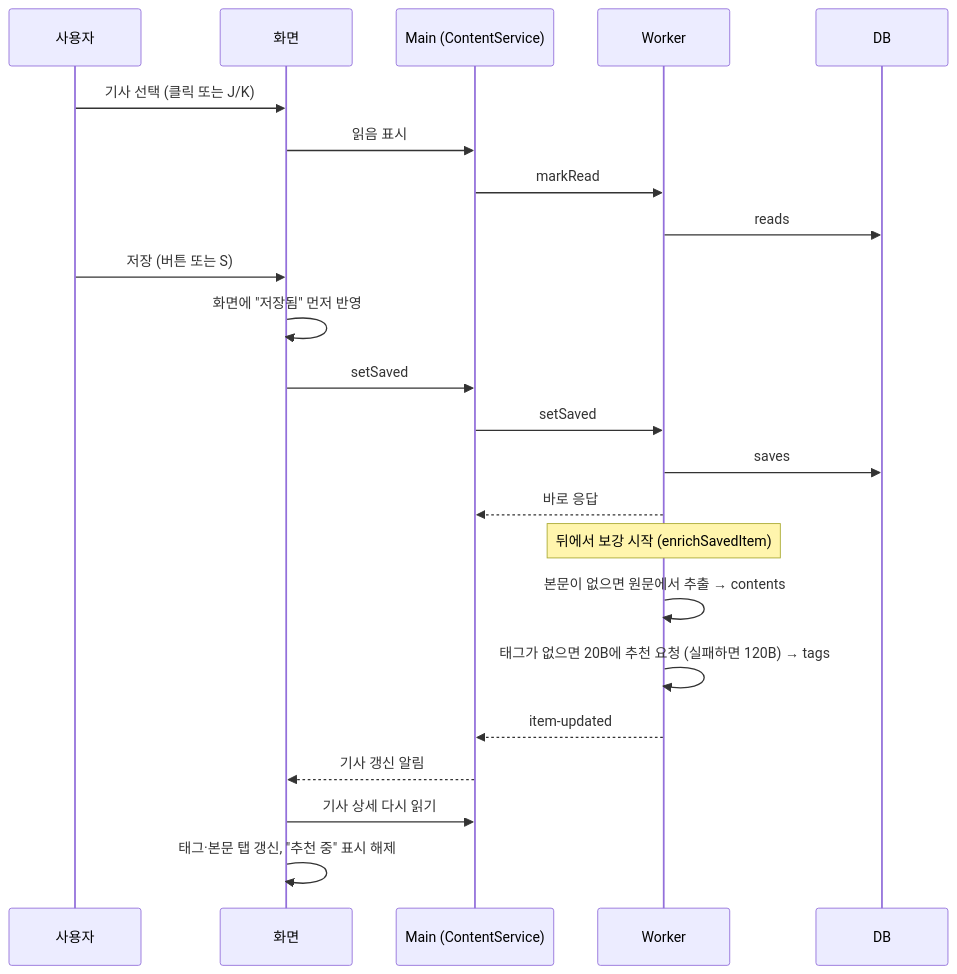
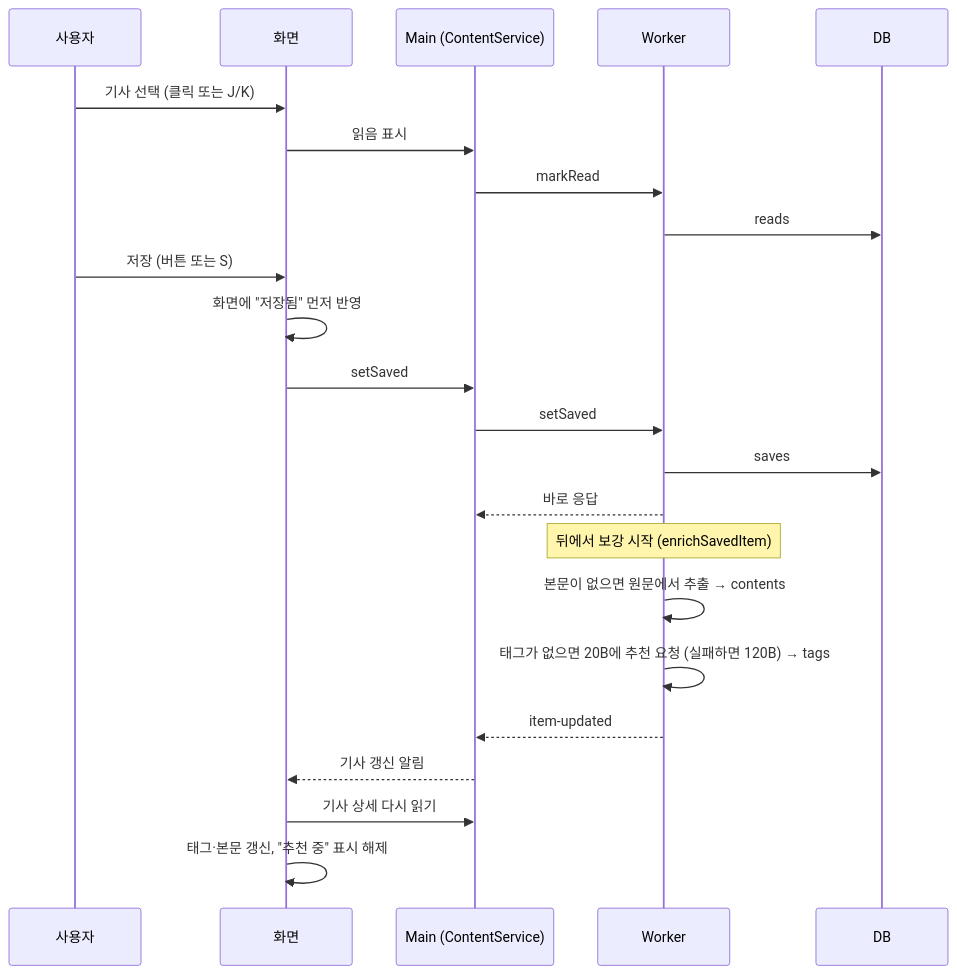
One commit to EPIGEXE/jogan-news changed the fourth of 7 diagrams in docs/04-business-flows.md. Above: the diagram before and after it, drawn with Mermaid. The commit also changed other lines of this file and 123 other files, not shown here.

````diff
--- a/docs/04-business-flows.md
+++ b/docs/04-business-flows.md
@@ -176,25 +205,25 @@
 ```mermaid
 sequenceDiagram
   participant U as 사용자
   participant R as 화면
   participant M as Main (ContentService)
   participant W as Worker
   participant DB as DB
   U->>R: 기사 선택 (클릭 또는 J/K)
   R->>M: 읽음 표시
   M->>W: markRead
   W->>DB: reads
   U->>R: 저장 (버튼 또는 S)
   R->>R: 화면에 "저장됨" 먼저 반영
   R->>M: setSaved
   M->>W: setSaved
   W->>DB: saves
   W-->>M: 바로 응답
   Note over W: 뒤에서 보강 시작 (enrichSavedItem)
   W->>W: 본문이 없으면 원문에서 추출 → contents
   W->>W: 태그가 없으면 20B에 추천 요청 (실패하면 120B) → tags
   W-->>M: item-updated
   M-->>R: 기사 갱신 알림
   R->>M: 기사 상세 다시 읽기
-  R->>R: 태그·본문 탭 갱신, "추천 중" 표시 해제
+  R->>R: 태그·본문 갱신, "추천 중" 표시 해제
 ```
````
